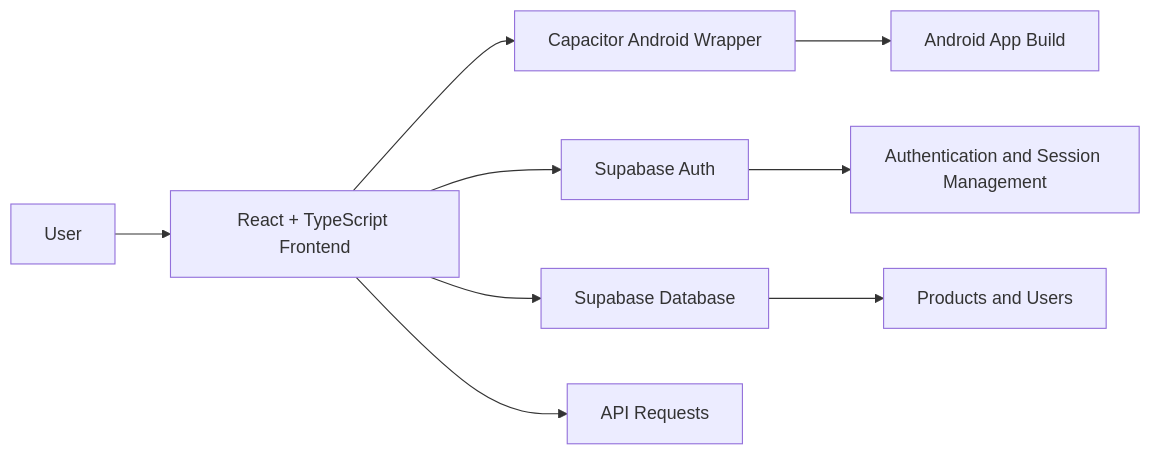
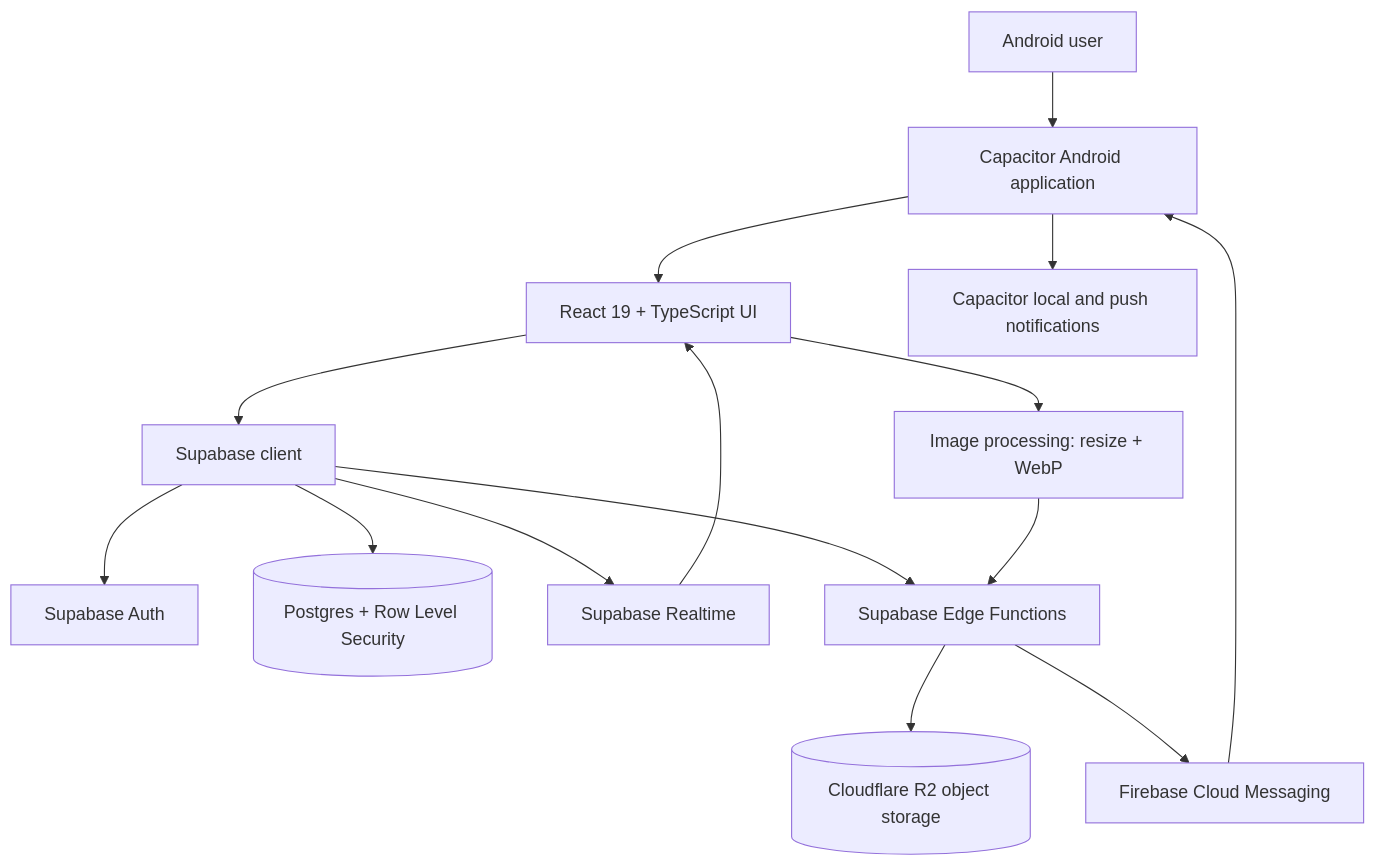
The diagram in Swapply/architecture.md (omarelghandour1993/android-developer-portfolio), drawn with Mermaid before and after one commit. The commit also changed other lines of this file, not shown here.

Commit message:
Replace speculative architecture with source-documented design

````diff
--- a/Swapply/architecture.md
+++ b/Swapply/architecture.md
@@ -133,11 +9,17 @@
 ```mermaid
-flowchart LR
-    A[User] --> B[React + TypeScript Frontend]
-    B --> C[Capacitor Android Wrapper]
-    B --> D[Supabase Auth]
-    B --> E[Supabase Database]
-    B --> F[API Requests]
-    E --> G[Products and Users]
-    D --> H[Authentication and Session Management]
-    C --> I[Android App Build]
+flowchart TD
+    U[Android user] --> A[Capacitor Android application]
+    A --> R[React 19 + TypeScript UI]
+    R --> S[Supabase client]
+    S --> AU[Supabase Auth]
+    S --> DB[(Postgres + Row Level Security)]
+    S --> RT[Supabase Realtime]
+    S --> EF[Supabase Edge Functions]
+    R --> IMG[Image processing: resize + WebP]
+    IMG --> EF
+    EF --> R2[(Cloudflare R2 object storage)]
+    EF --> FCM[Firebase Cloud Messaging]
+    FCM --> A
+    RT --> R
+    A --> NP[Capacitor local and push notifications]
 ```
````
